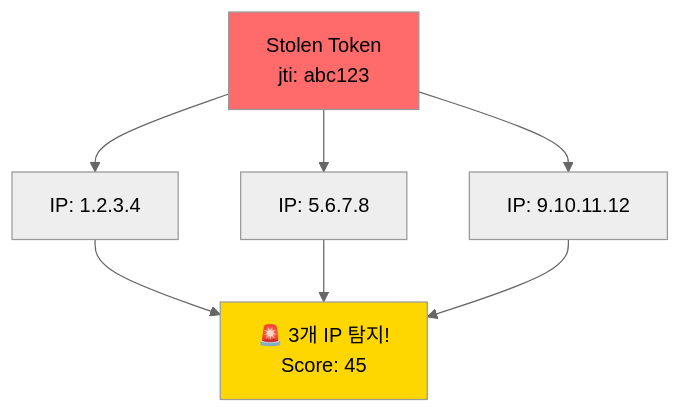
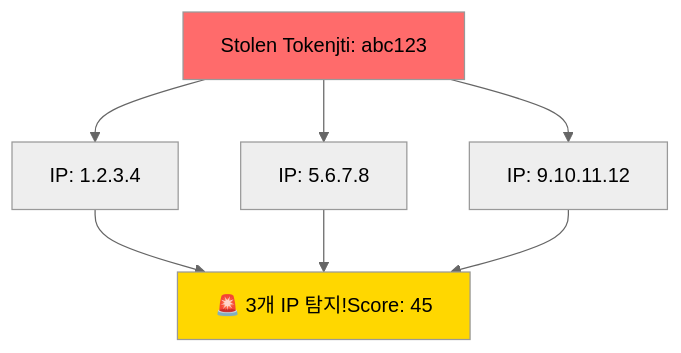
One commit to BrianChanLEE/jwt-waf changed the fourth of 7 diagrams in docs/RULES.md. Above: the diagram before and after it, drawn with Mermaid (neutral theme). The commit also changed other lines of this file and 3 other files, not shown here.

````diff
--- a/docs/RULES.md
+++ b/docs/RULES.md
@@ -132,13 +132,13 @@
 ```mermaid
 graph TB
-    A[Stolen Token<br/>jti: abc123] --> B[IP: 1.2.3.4]
+    A[Stolen Tokenjti: abc123] --> B[IP: 1.2.3.4]
     A --> C[IP: 5.6.7.8]
     A --> D[IP: 9.10.11.12]
     
-    B --> E[🚨 3개 IP 탐지!<br/>Score: 45]
+    B --> E[🚨 3개 IP 탐지!Score: 45]
     C --> E
     D --> E
     
     style A fill:#FF6B6B
     style E fill:#FFD700
 ```
````
